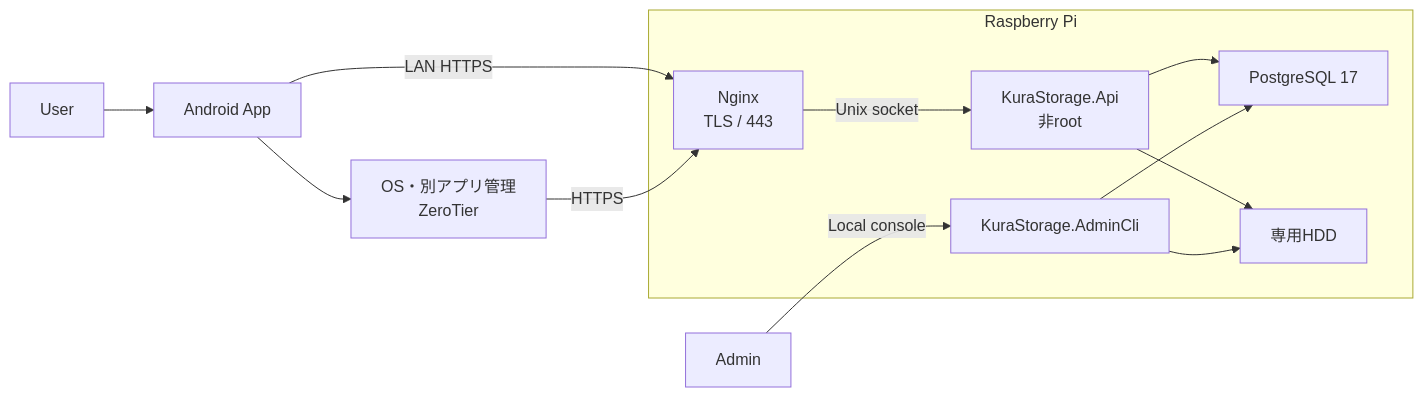
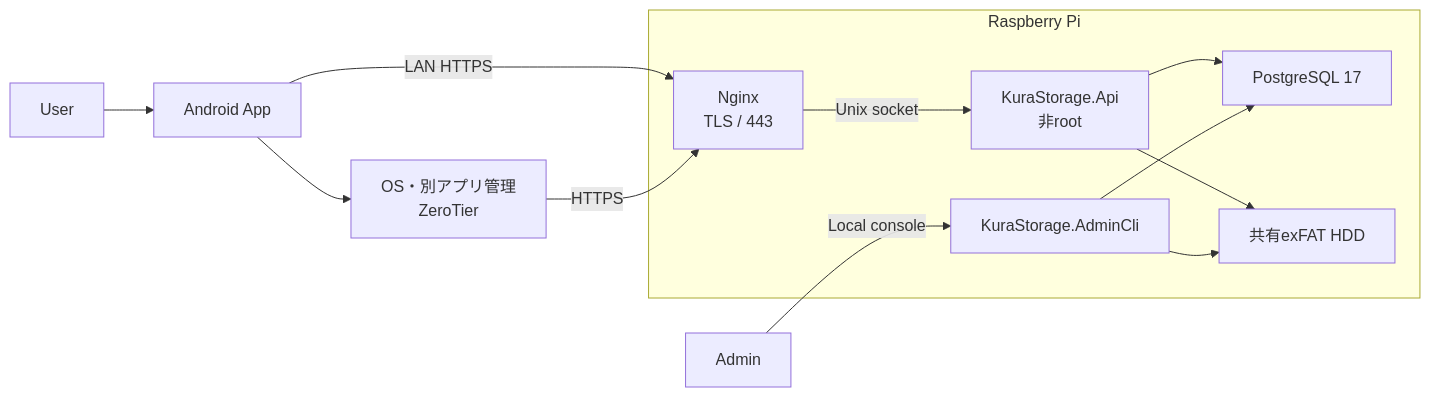
The first of 3 diagrams in .steering/20260722-kurastorage-mvp/design.md (ry825/Kura_Storage), drawn with Mermaid before and after one commit. The commit also changed other lines of this file and 70 other files, not shown here.

````diff
--- a/.steering/20260722-kurastorage-mvp/design.md
+++ b/.steering/20260722-kurastorage-mvp/design.md
@@ -13,26 +13,26 @@
 ```mermaid
 flowchart LR
     User["User"]
     Admin["Admin"]
     Android["Android App"]
     ZeroTier["OS・別アプリ管理<br/>ZeroTier"]
 
     subgraph Pi["Raspberry Pi"]
         Nginx["Nginx<br/>TLS / 443"]
         API["KuraStorage.Api<br/>非root"]
         CLI["KuraStorage.AdminCli"]
         DB["PostgreSQL 17"]
-        HDD["専用HDD"]
+        HDD["共有exFAT HDD"]
     end
 
     User --> Android
     Android -->|LAN HTTPS| Nginx
     Android --> ZeroTier
     ZeroTier -->|HTTPS| Nginx
     Nginx -->|Unix socket| API
     API --> DB
     API --> HDD
     Admin -->|Local console| CLI
     CLI --> DB
     CLI --> HDD
 ```
````
